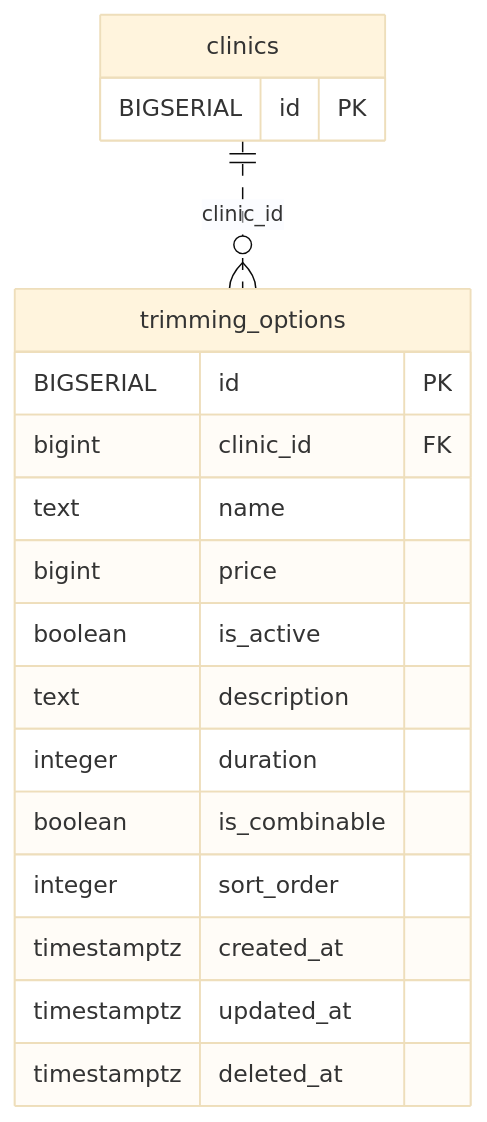
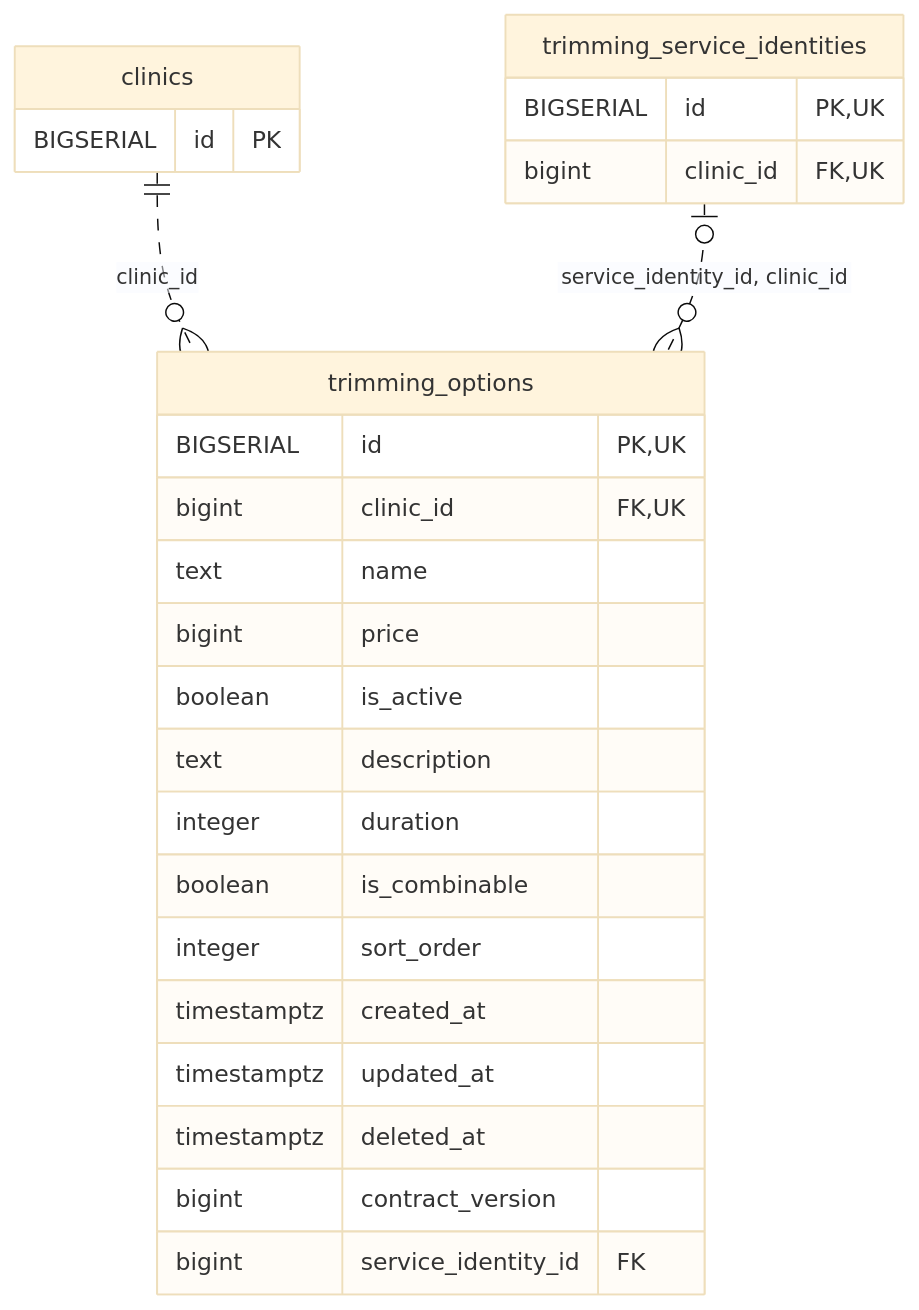
Before and after one commit to MinoruSoga/AnimalEkarte: the diagram in docs/architecture/erd-detail/trimming_options.md, drawn with Mermaid (base theme). The commit also changed other lines of this file and 51 other files, not shown here.

````diff
--- a/docs/architecture/erd-detail/trimming_options.md
+++ b/docs/architecture/erd-detail/trimming_options.md
@@ -35,21 +37,28 @@
 ```mermaid
 erDiagram
     trimming_options {
-        BIGSERIAL id PK
-        bigint clinic_id FK
+        BIGSERIAL id PK,UK
+        bigint clinic_id FK,UK
         text name
         bigint price
         boolean is_active
         text description
         integer duration
         boolean is_combinable
         integer sort_order
         timestamptz created_at
         timestamptz updated_at
         timestamptz deleted_at
+        bigint contract_version
+        bigint service_identity_id FK
     }
     clinics {
         BIGSERIAL id PK
     }
+    trimming_service_identities {
+        BIGSERIAL id PK,UK
+        bigint clinic_id FK,UK
+    }
     clinics ||..o{ trimming_options : "clinic_id"
+    trimming_service_identities o|..o{ trimming_options : "service_identity_id, clinic_id"
 ```
````
